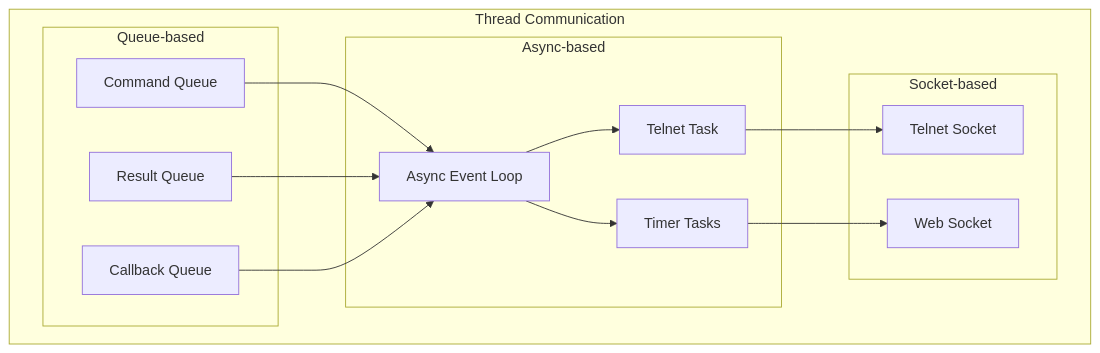
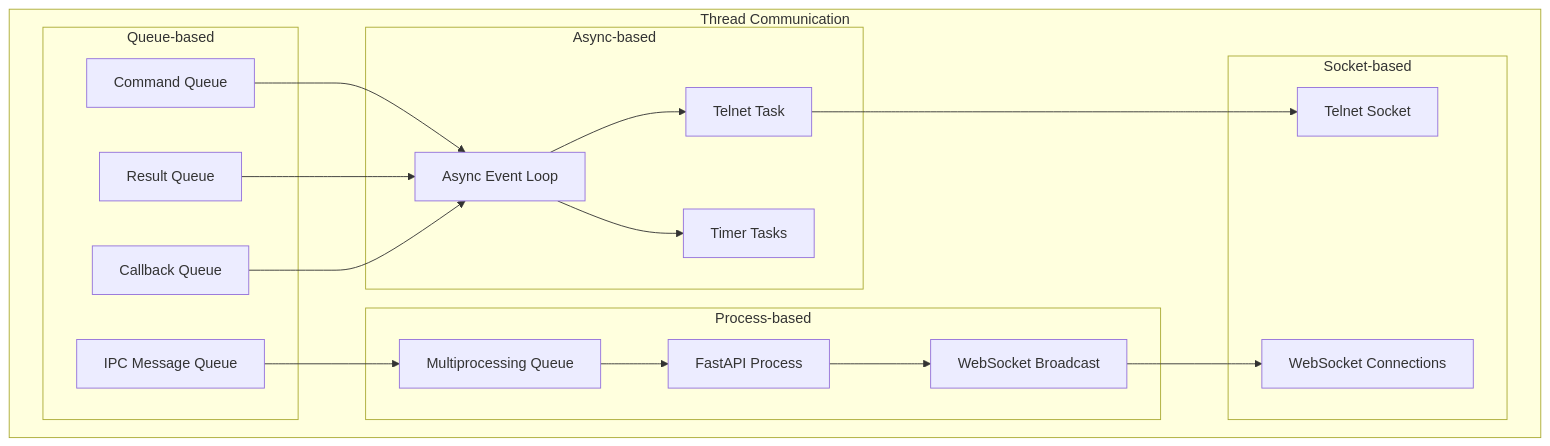
One commit to jangabrielsson/eplua changed diagram 15 of 18 in ARCHITECTURE.md. Above: the diagram before and after it, drawn with Mermaid. The commit also changed other lines of this file and 9 other files, not shown here.

````diff
--- a/ARCHITECTURE.md
+++ b/ARCHITECTURE.md
@@ -344,29 +483,39 @@
 ```mermaid
 graph TB
     subgraph "Thread Communication"
         subgraph "Queue-based"
             CMD_QUEUE[Command Queue]
             RESULT_QUEUE[Result Queue]
             CALLBACK_QUEUE[Callback Queue]
+            IPC_QUEUE[IPC Message Queue]
+        end
+        
+        subgraph "Process-based"
+            FASTAPI_PROCESS[FastAPI Process]
+            IPC_MULTIPROCESSING[Multiprocessing Queue]
+            WEBSOCKET_BROADCAST[WebSocket Broadcast]
         end
         
         subgraph "Async-based"
             ASYNC_LOOP[Async Event Loop]
             TELNET_TASK[Telnet Task]
             TIMER_TASKS[Timer Tasks]
         end
         
         subgraph "Socket-based"
             TELNET_SOCKET[Telnet Socket]
-            WEB_SOCKET[Web Socket]
+            WEBSOCKET[WebSocket Connections]
         end
     end
     
     CMD_QUEUE --> ASYNC_LOOP
     RESULT_QUEUE --> ASYNC_LOOP
     CALLBACK_QUEUE --> ASYNC_LOOP
+    IPC_QUEUE --> IPC_MULTIPROCESSING
+    IPC_MULTIPROCESSING --> FASTAPI_PROCESS
+    FASTAPI_PROCESS --> WEBSOCKET_BROADCAST
+    WEBSOCKET_BROADCAST --> WEBSOCKET
     ASYNC_LOOP --> TELNET_TASK
     ASYNC_LOOP --> TIMER_TASKS
     TELNET_TASK --> TELNET_SOCKET
-    TIMER_TASKS --> WEB_SOCKET
 ```
````
